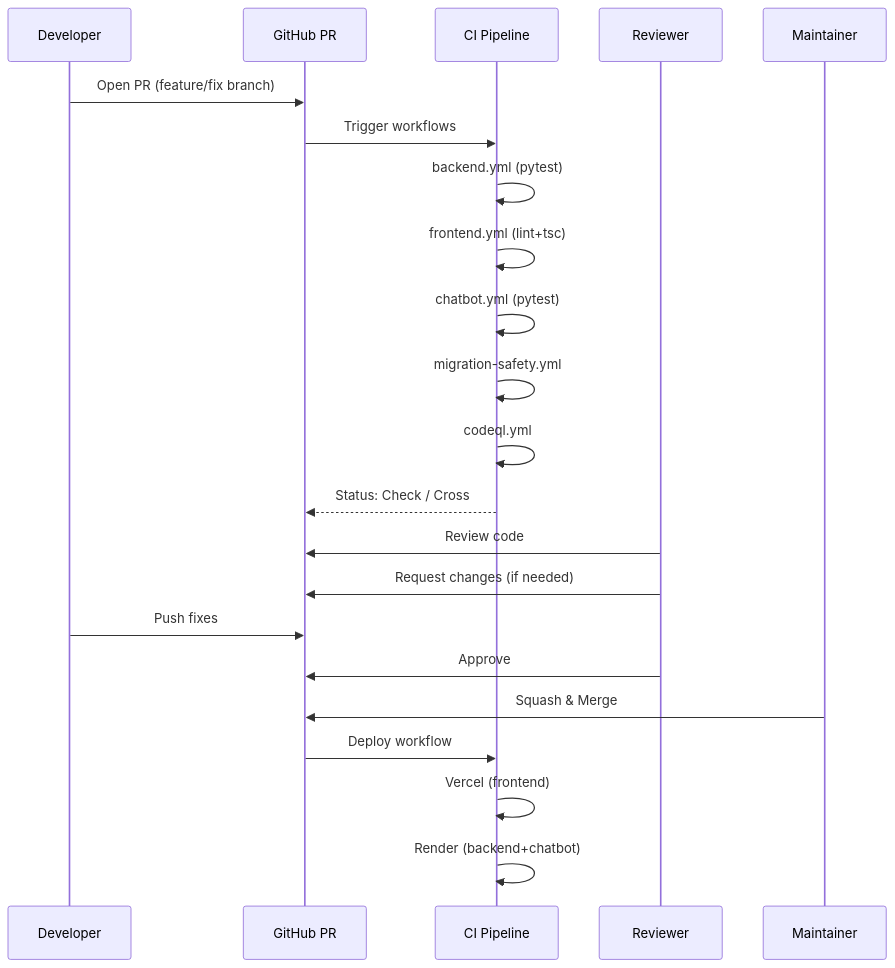
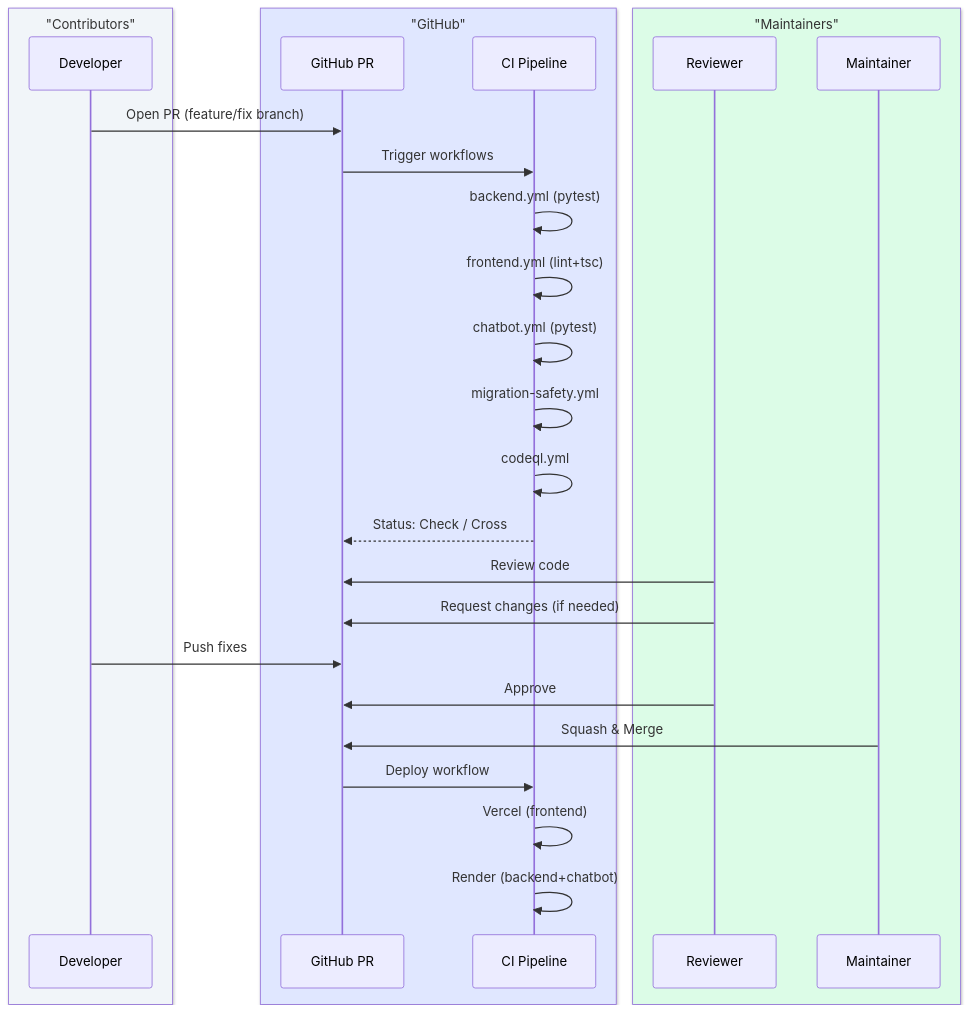
Before and after one commit to SafeVixAI/SafeVixAI: the second of 2 diagrams in CONTRIBUTING.md, drawn with Mermaid. The commit also changed other lines of this file and 85 other files, not shown here.

Commit message:
docs: Fix Mermaid diagrams, resolve relative link warnings, and ensure clean mkdocs build

````diff
--- a/CONTRIBUTING.md
+++ b/CONTRIBUTING.md
@@ -25,25 +35,31 @@
 ```mermaid
 sequenceDiagram
+    box rgb(241, 245, 249) "Contributors"
     participant D as Developer
+    end
+    box rgb(224, 231, 255) "GitHub"
     participant PR as GitHub PR
     participant CI as CI Pipeline
+    end
+    box rgb(220, 252, 231) "Maintainers"
     participant R as Reviewer
     participant M as Maintainer
+    end
 
     D->>PR: Open PR (feature/fix branch)
     PR->>CI: Trigger workflows
     CI->>CI: backend.yml (pytest)
     CI->>CI: frontend.yml (lint+tsc)
     CI->>CI: chatbot.yml (pytest)
     CI->>CI: migration-safety.yml
     CI->>CI: codeql.yml
     CI-->>PR: Status: Check / Cross
     R->>PR: Review code
     R->>PR: Request changes (if needed)
     D->>PR: Push fixes
     R->>PR: Approve
     M->>PR: Squash & Merge
     PR->>CI: Deploy workflow
     CI->>CI: Vercel (frontend)
     CI->>CI: Render (backend+chatbot)
 ```
````
